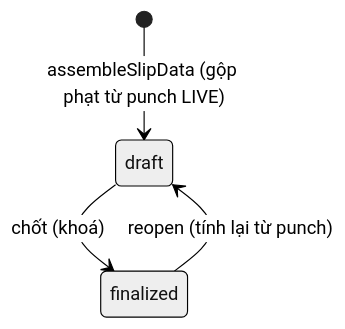
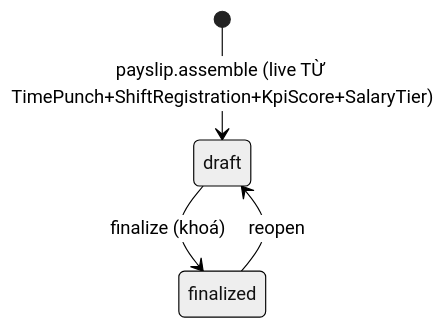
One commit to manhquydev/cmc_edu changed the fifth of 5 diagrams in docs/27-workflow-spec-p3.md. Above: the diagram before and after it, drawn with Mermaid (neutral theme). The commit also changed other lines of this file and 15 other files, not shown here.

````diff
--- a/docs/27-workflow-spec-p3.md
+++ b/docs/27-workflow-spec-p3.md
@@ -119,6 +134,6 @@
 ```mermaid
 stateDiagram-v2
-    [*] --> draft: assembleSlipData (gộp phạt từ punch LIVE)
-    draft --> finalized: chốt (khoá)
-    finalized --> draft: reopen (tính lại từ punch)
+    [*] --> draft: payslip.assemble (live TỪ TimePunch+ShiftRegistration+KpiScore+SalaryTier)
+    draft --> finalized: finalize (khoá)
+    finalized --> draft: reopen
 ```
````
